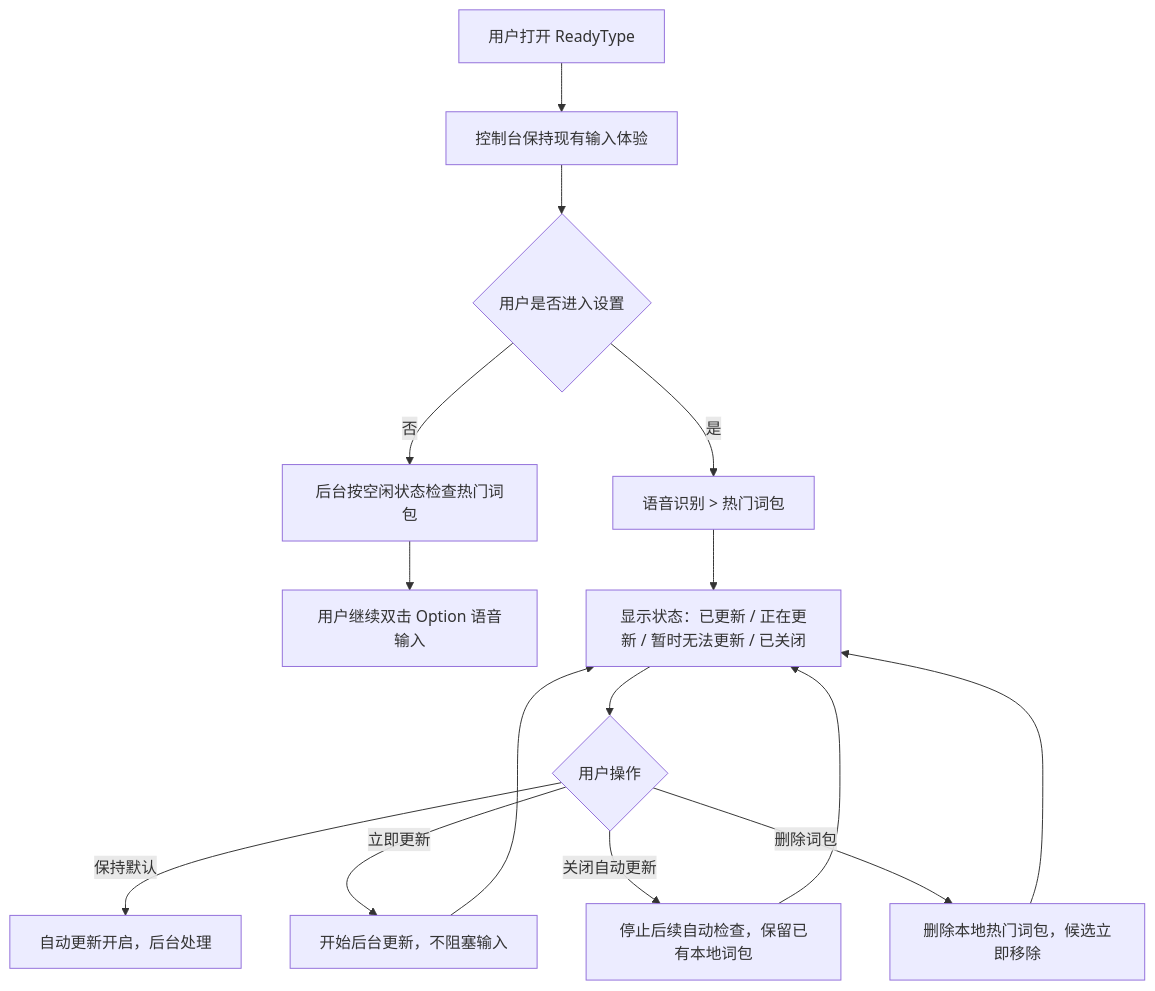
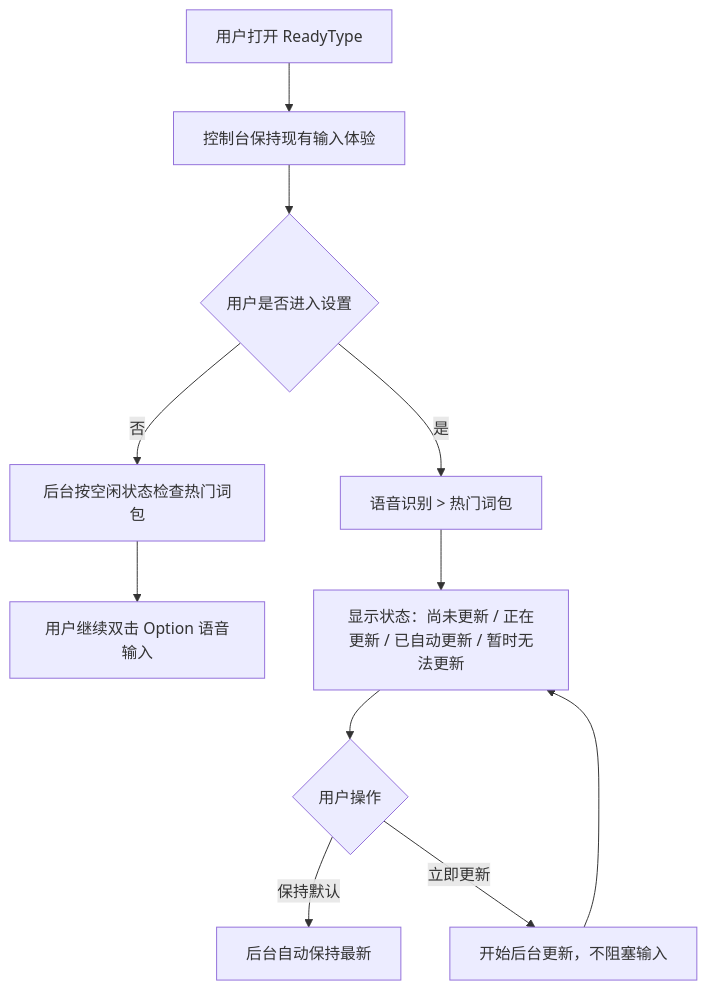
Before and after one commit to whnnick/readytype: the first of 4 diagrams in docs/versions/1.4.0/INTERACTION_FLOW.zh-CN.md, drawn with Mermaid. The commit also changed other lines of this file and 12 other files, not shown here.

````diff
--- a/docs/versions/1.4.0/INTERACTION_FLOW.zh-CN.md
+++ b/docs/versions/1.4.0/INTERACTION_FLOW.zh-CN.md
@@ -7,17 +7,13 @@
 ```mermaid
 flowchart TD
     A["用户打开 ReadyType"] --> B["控制台保持现有输入体验"]
     B --> C{"用户是否进入设置"}
     C -- "否" --> D["后台按空闲状态检查热门词包"]
     D --> E["用户继续双击 Option 语音输入"]
     C -- "是" --> F["语音识别 > 热门词包"]
-    F --> G["显示状态：已更新 / 正在更新 / 暂时无法更新 / 已关闭"]
+    F --> G["显示状态：尚未更新 / 正在更新 / 已自动更新 / 暂时无法更新"]
     G --> H{"用户操作"}
-    H -- "保持默认" --> I["自动更新开启，后台处理"]
+    H -- "保持默认" --> I["后台自动保持最新"]
     H -- "立即更新" --> J["开始后台更新，不阻塞输入"]
-    H -- "关闭自动更新" --> K["停止后续自动检查，保留已有本地词包"]
-    H -- "删除词包" --> L["删除本地热门词包，候选立即移除"]
     J --> G
-    K --> G
-    L --> G
 ```
````
